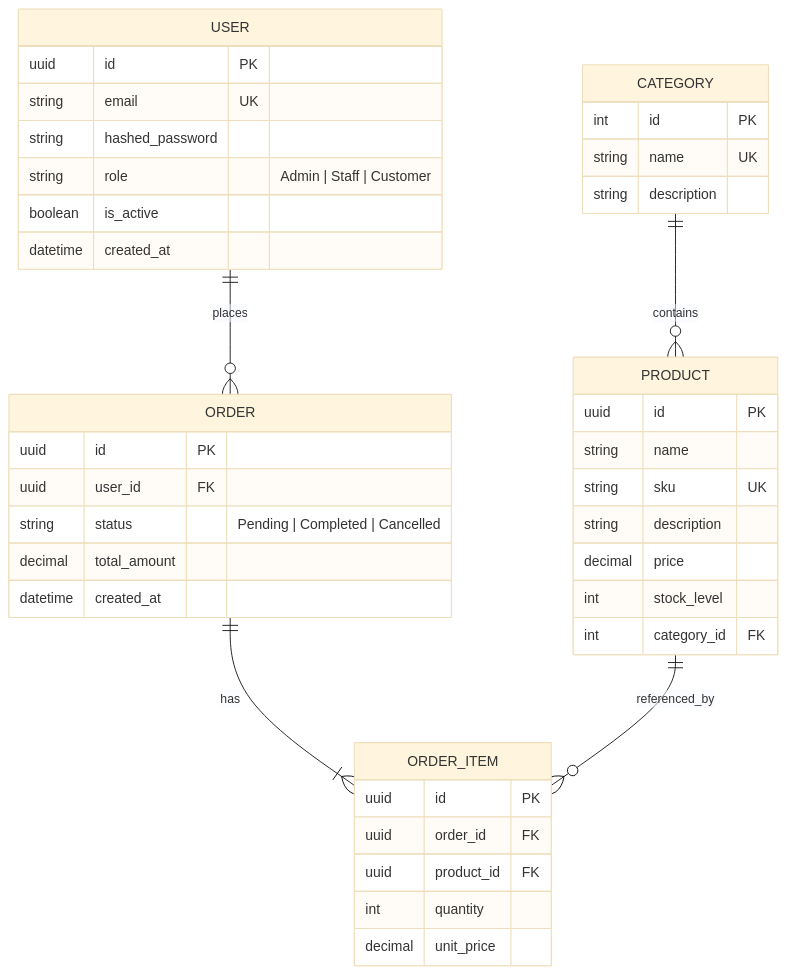
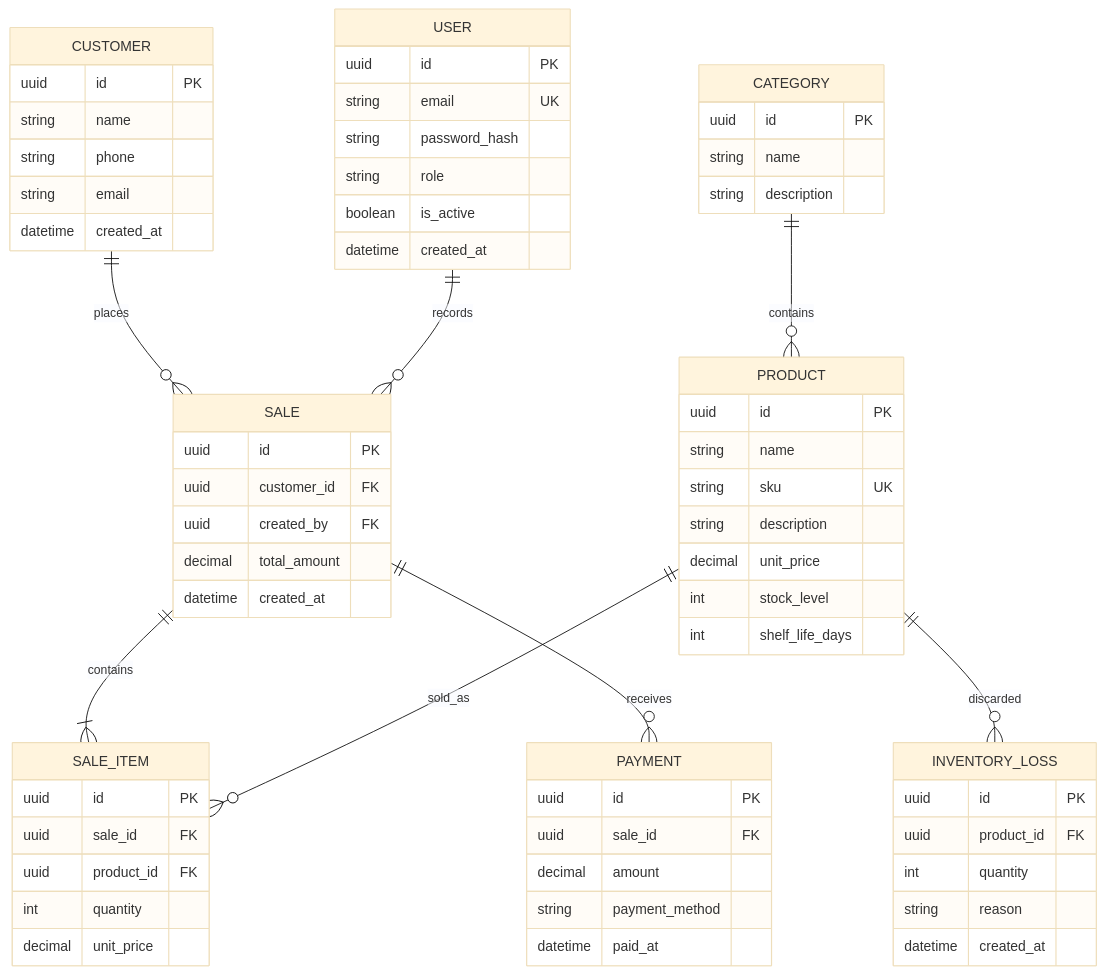
Before and after one commit to kiskaadee/backend-residency: the diagram in project/database.md, drawn with Mermaid (base theme). The commit also changed other lines of this file and 5 other files, not shown here.

````diff
--- a/project/database.md
+++ b/project/database.md
@@ -5,44 +5,82 @@
 ```mermaid
 erDiagram
-    USER {
-        uuid id PK
-        string email UK
-        string hashed_password
-        string role "Admin | Staff | Customer"
-        boolean is_active
-        datetime created_at
-    }
-    CATEGORY {
-        int id PK
-        string name UK
-        string description
-    }
-    PRODUCT {
-        uuid id PK
-        string name
-        string sku UK
-        string description
-        decimal price
-        int stock_level
-        int category_id FK
-    }
-    ORDER {
-        uuid id PK
-        uuid user_id FK
-        string status "Pending | Completed | Cancelled"
-        decimal total_amount
-        datetime created_at
-    }
-    ORDER_ITEM {
-        uuid id PK
-        uuid order_id FK
-        uuid product_id FK
-        int quantity
-        decimal unit_price
-    }
 
-    CATEGORY ||--o{ PRODUCT : contains
-    USER ||--o{ ORDER : places
-    ORDER ||--|{ ORDER_ITEM : has
-    PRODUCT ||--o{ ORDER_ITEM : referenced_by
+USER {
+    uuid id PK
+    string email UK
+    string password_hash
+    string role
+    boolean is_active
+    datetime created_at
+}
+
+CUSTOMER {
+    uuid id PK
+    string name
+    string phone
+    string email
+    datetime created_at
+}
+
+CATEGORY {
+    uuid id PK
+    string name
+    string description
+}
+
+PRODUCT {
+    uuid id PK
+    string name
+    string sku UK
+    string description
+    decimal unit_price
+    int stock_level
+    int shelf_life_days
+}
+
+SALE {
+    uuid id PK
+    uuid customer_id FK
+    uuid created_by FK
+    decimal total_amount
+    datetime created_at
+}
+
+SALE_ITEM {
+    uuid id PK
+    uuid sale_id FK
+    uuid product_id FK
+    int quantity
+    decimal unit_price
+}
+
+PAYMENT {
+    uuid id PK
+    uuid sale_id FK
+    decimal amount
+    string payment_method
+    datetime paid_at
+}
+
+INVENTORY_LOSS {
+    uuid id PK
+    uuid product_id FK
+    int quantity
+    string reason
+    datetime created_at
+}
+
+CATEGORY ||--o{ PRODUCT : contains
+
+CUSTOMER ||--o{ SALE : places
+
+USER ||--o{ SALE : records
+
+SALE ||--|{ SALE_ITEM : contains
+
+SALE ||--o{ PAYMENT : receives
+
+PRODUCT ||--o{ SALE_ITEM : sold_as
+
+PRODUCT ||--o{ INVENTORY_LOSS : discarded
 ```
````
